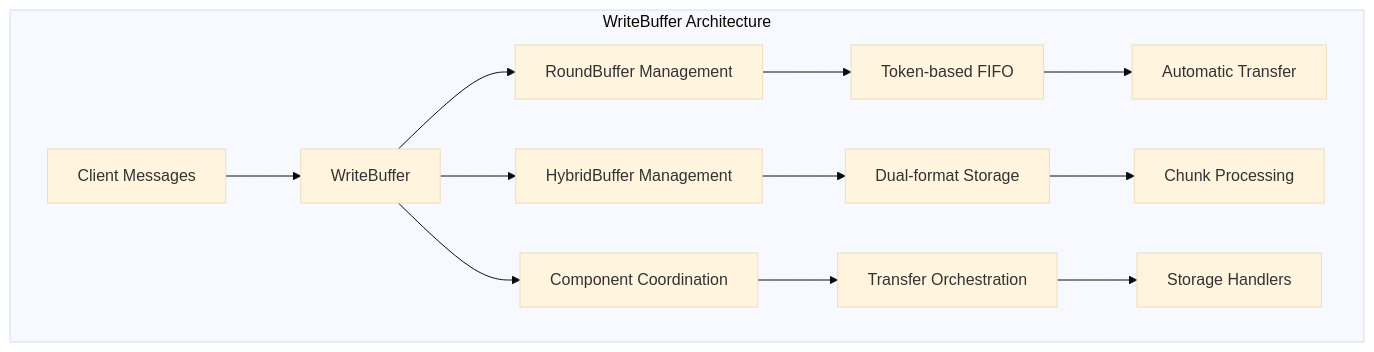
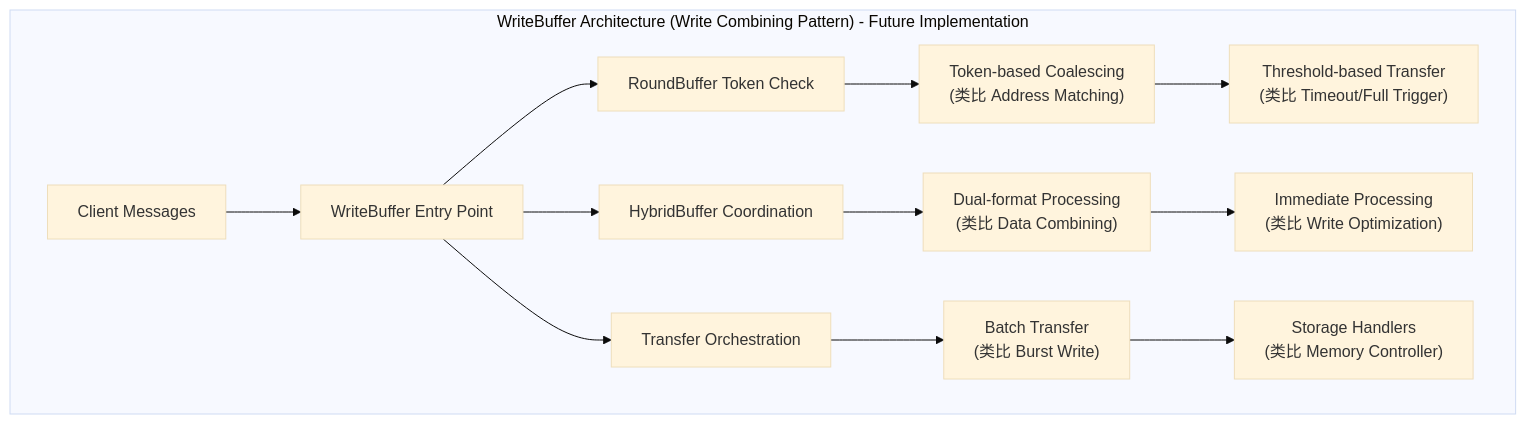
One commit to memfuse/memfuse changed the tenth of 24 diagrams in docs/architecture/buffer.md. Above: the diagram before and after it, drawn with Mermaid (base theme). The commit also changed other lines of this file and 2 other files, not shown here.

First line of the commit message:
docs(architecture): integrate computer caching principles into buffer design

````diff
--- a/docs/architecture/buffer.md
+++ b/docs/architecture/buffer.md
@@ -60,17 +385,17 @@
 ```mermaid
 graph TB
-    subgraph "WriteBuffer Architecture"
-        A[Client Messages] --> B[WriteBuffer]
-        B --> C[RoundBuffer Management]
-        B --> D[HybridBuffer Management]
-        B --> E[Component Coordination]
-        
-        C --> F[Token-based FIFO]
-        D --> G[Dual-format Storage]
-        E --> H[Transfer Orchestration]
-        
-        F --> I[Automatic Transfer]
-        G --> J[Chunk Processing]
-        H --> K[Storage Handlers]
+    subgraph "WriteBuffer Architecture (Write Combining Pattern) - Future Implementation"
+        A[Client Messages] --> B[WriteBuffer Entry Point]
+        B --> C[RoundBuffer Token Check]
+        B --> D[HybridBuffer Coordination]
+        B --> E[Transfer Orchestration]
+
+        C --> F["Token-based Coalescing<br/>(类比 Address Matching)"]
+        D --> G["Dual-format Processing<br/>(类比 Data Combining)"]
+        E --> H["Batch Transfer<br/>(类比 Burst Write)"]
+
+        F --> I["Threshold-based Transfer<br/>(类比 Timeout/Full Trigger)"]
+        G --> J["Immediate Processing<br/>(类比 Write Optimization)"]
+        H --> K["Storage Handlers<br/>(类比 Memory Controller)"]
     end
 ```
````
